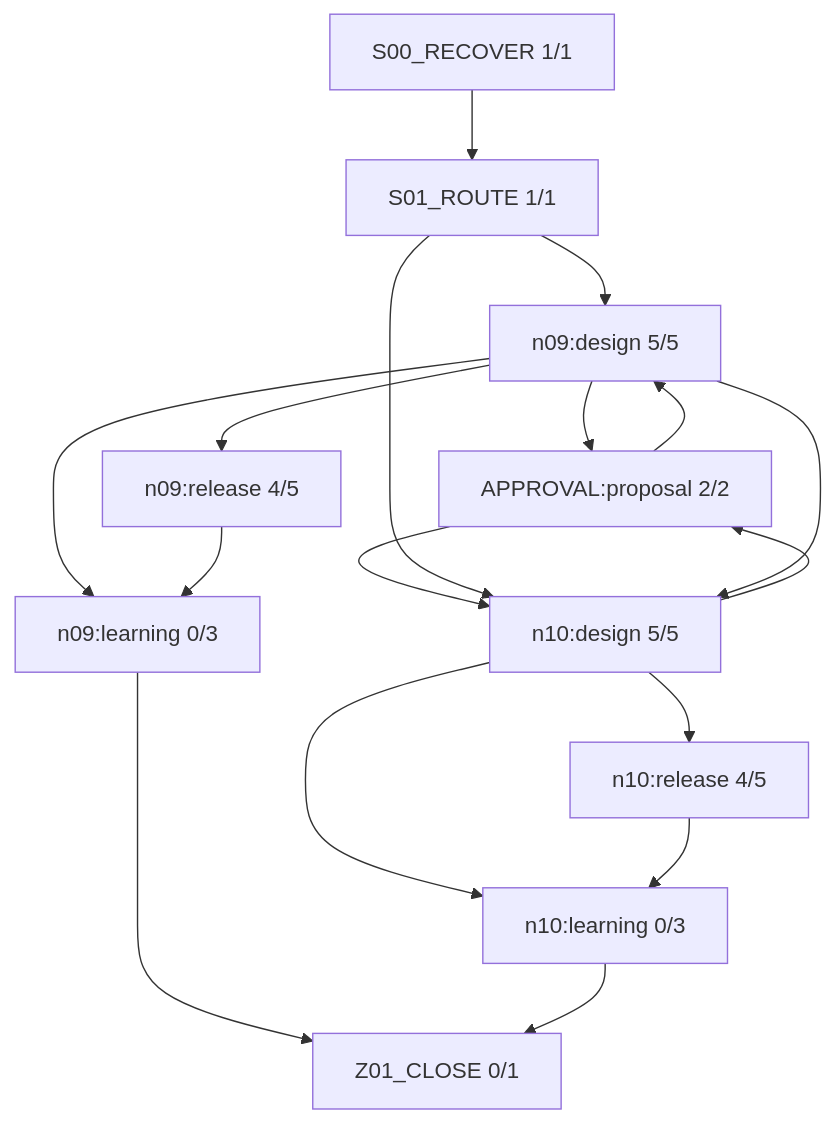
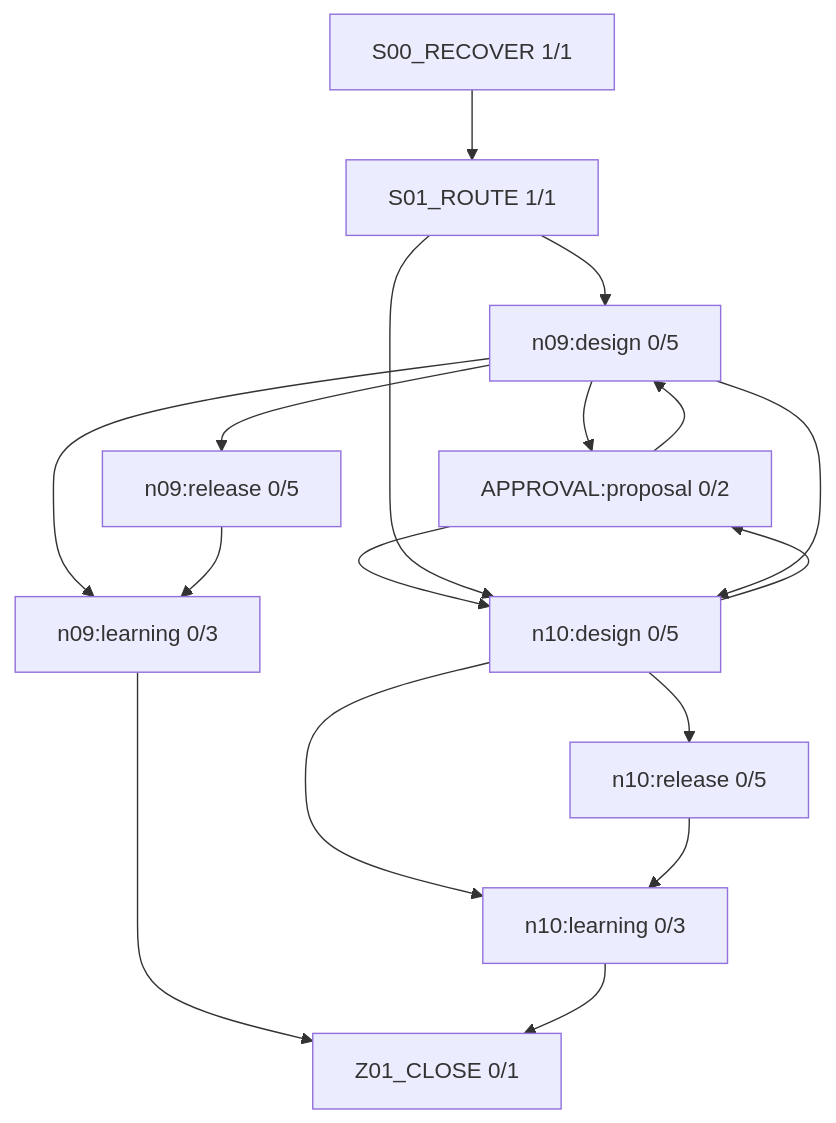
Before and after one commit to rrikunagasige-dot/kyotsu-step-web: the diagram in work/items/W-MATH-034-n09-n10-guided-design/generated/FIRE_DIAGRAM.md, drawn with Mermaid. The commit also changed other lines of this file and 266 other files, not shown here.

````diff
--- a/work/items/W-MATH-034-n09-n10-guided-design/generated/FIRE_DIAGRAM.md
+++ b/work/items/W-MATH-034-n09-n10-guided-design/generated/FIRE_DIAGRAM.md
@@ -5,29 +5,29 @@
 ```mermaid
 flowchart TD
   N0["S00_RECOVER 1/1"]
   N1["S01_ROUTE 1/1"]
-  N2["n09:design 5/5"]
-  N3["APPROVAL:proposal 2/2"]
-  N4["n09:release 4/5"]
-  N5["n10:design 5/5"]
-  N6["n10:release 4/5"]
+  N2["n09:design 0/5"]
+  N3["APPROVAL:proposal 0/2"]
+  N4["n09:release 0/5"]
+  N5["n10:design 0/5"]
+  N6["n10:release 0/5"]
   N7["n09:learning 0/3"]
   N8["n10:learning 0/3"]
   N9["Z01_CLOSE 0/1"]
   N3 --> N2
   N3 --> N5
   N0 --> N1
   N1 --> N2
   N1 --> N5
   N2 --> N3
   N2 --> N7
   N2 --> N4
   N2 --> N5
   N7 --> N9
   N4 --> N7
   N5 --> N3
   N5 --> N8
   N5 --> N6
   N8 --> N9
   N6 --> N8
 ```
````
